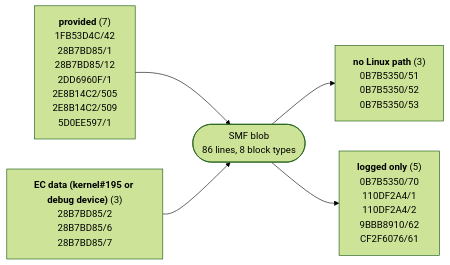
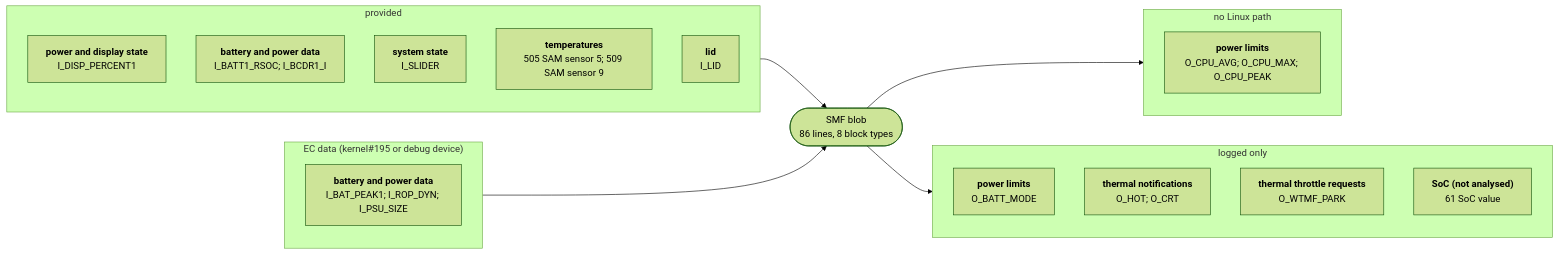
The diagram in docs/devices/surface-laptop-4-amd.md (larsschellhas/linux-surface-power), drawn with Mermaid (forest theme) before and after one commit. The commit also changed other lines of this file and 31 other files, not shown here.

First line of the commit message:
Rate devices by their outputs; complete device diagrams

````diff
--- a/docs/devices/surface-laptop-4-amd.md
+++ b/docs/devices/surface-laptop-4-amd.md
@@ -18,8 +20,27 @@
 ```mermaid
 flowchart LR
-    I0["<b>provided</b> (7)<br/>1FB53D4C/42<br/>28B7BD85/1<br/>28B7BD85/12<br/>2DD6960F/1<br/>2E8B14C2/505<br/>2E8B14C2/509<br/>5D0EE597/1"] --> B
-    I1["<b>EC data (kernel#195 or debug device)</b> (3)<br/>28B7BD85/2<br/>28B7BD85/6<br/>28B7BD85/7"] --> B
+    subgraph IN0["provided"]
+        I0_1FB53D4C["<b>power and display state</b><br/>I_DISP_PERCENT1"]
+        I0_28B7BD85["<b>battery and power data</b><br/>I_BATT1_RSOC; I_BCDR1_I"]
+        I0_2DD6960F["<b>system state</b><br/>I_SLIDER"]
+        I0_2E8B14C2["<b>temperatures</b><br/>505 SAM sensor 5; 509 SAM sensor 9"]
+        I0_5D0EE597["<b>lid</b><br/>I_LID"]
+    end
+    IN0 --> B
+    subgraph IN1["EC data (kernel#195 or debug device)"]
+        I1_28B7BD85["<b>battery and power data</b><br/>I_BAT_PEAK1; I_ROP_DYN; I_PSU_SIZE"]
+    end
+    IN1 --> B
     B(["SMF blob<br/>86 lines, 8 block types"])
-    B --> O0["<b>no Linux path</b> (3)<br/>0B7B5350/51<br/>0B7B5350/52<br/>0B7B5350/53"]
-    B --> O1["<b>logged only</b> (5)<br/>0B7B5350/70<br/>110DF2A4/1<br/>110DF2A4/2<br/>9BBB8910/62<br/>CF2F6076/61"]
+    subgraph OUT0["no Linux path"]
+        O0_0B7B5350["<b>power limits</b><br/>O_CPU_AVG; O_CPU_MAX; O_CPU_PEAK"]
+    end
+    B --> OUT0
+    subgraph OUT1["logged only"]
+        O1_0B7B5350["<b>power limits</b><br/>O_BATT_MODE"]
+        O1_110DF2A4["<b>thermal notifications</b><br/>O_HOT; O_CRT"]
+        O1_9BBB8910["<b>thermal throttle requests</b><br/>O_WTMF_PARK"]
+        O1_CF2F6076["<b>SoC (not analysed)</b><br/>61 SoC value"]
+    end
+    B --> OUT1
 ```
````
